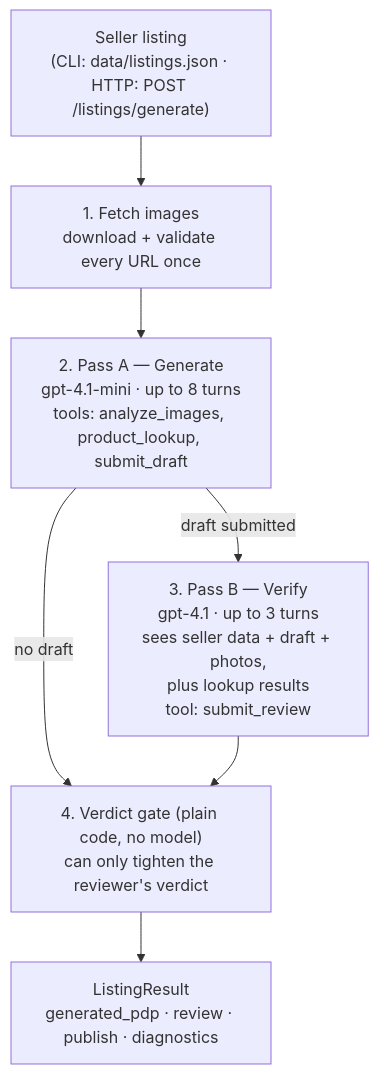
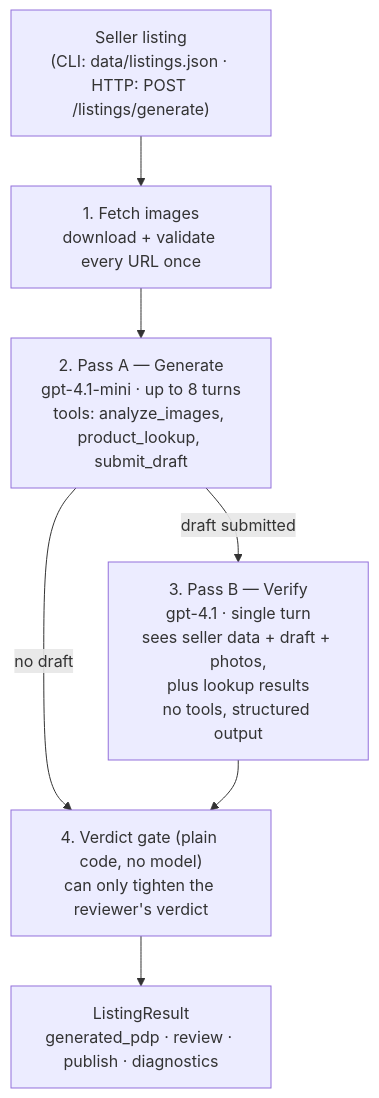
One commit to Alexoswin/ListingAgent changed the diagram in README.md. Above: the diagram before and after it, drawn with Mermaid. The commit also changed other lines of this file and 6 other files, not shown here.

````diff
--- a/README.md
+++ b/README.md
@@ -160,12 +160,12 @@
 ```mermaid
 flowchart TD
     IN["Seller listing<br/>(CLI: data/listings.json · HTTP: POST /listings/generate)"] --> FETCH
     FETCH["1. Fetch images<br/>download + validate every URL once"] --> A
     A["2. Pass A — Generate<br/>gpt-4.1-mini · up to 8 turns<br/>tools: analyze_images, product_lookup, submit_draft"]
     A -->|draft submitted| B
     A -->|no draft| GATE
-    B["3. Pass B — Verify<br/>gpt-4.1 · up to 3 turns<br/>sees seller data + draft + photos,<br/>plus lookup results<br/>tool: submit_review"]
+    B["3. Pass B — Verify<br/>gpt-4.1 · single turn<br/>sees seller data + draft + photos,<br/>plus lookup results<br/>no tools, structured output"]
     B --> GATE
     GATE["4. Verdict gate (plain code, no model)<br/>can only tighten the reviewer's verdict"]
     GATE --> OUT["ListingResult<br/>generated_pdp · review · publish · diagnostics"]
 ```
````
